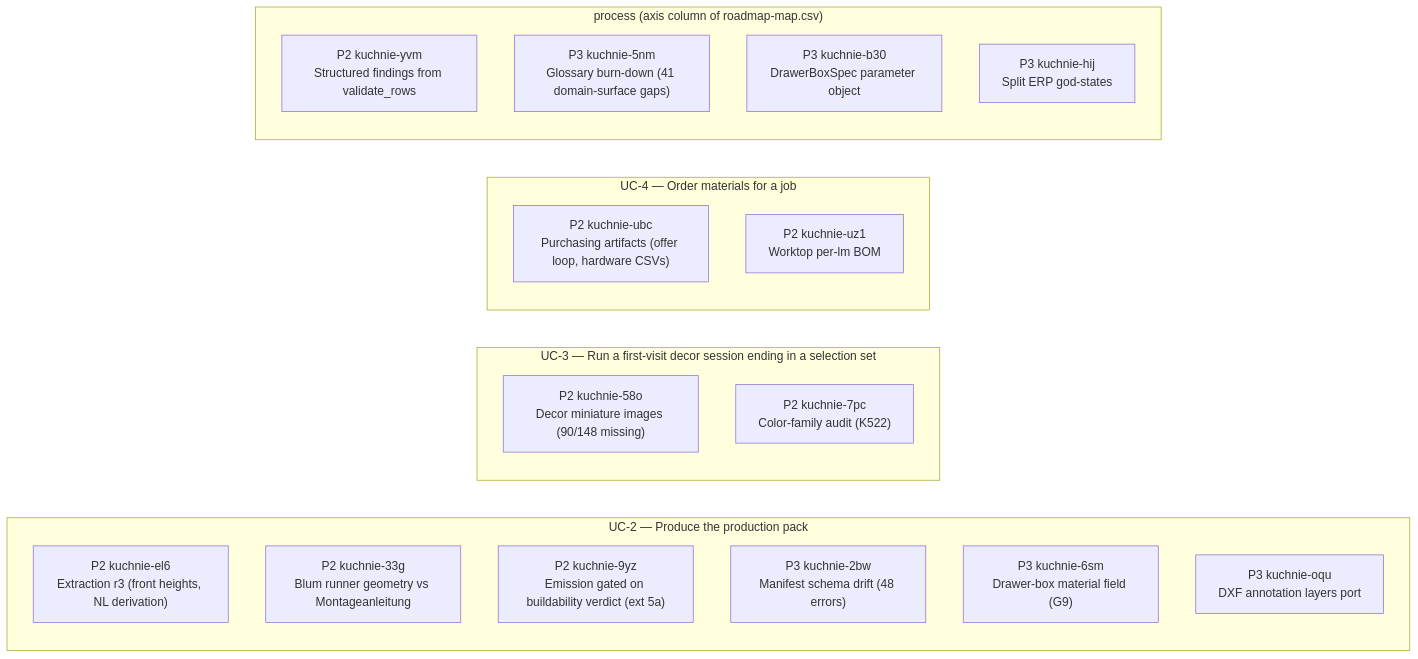
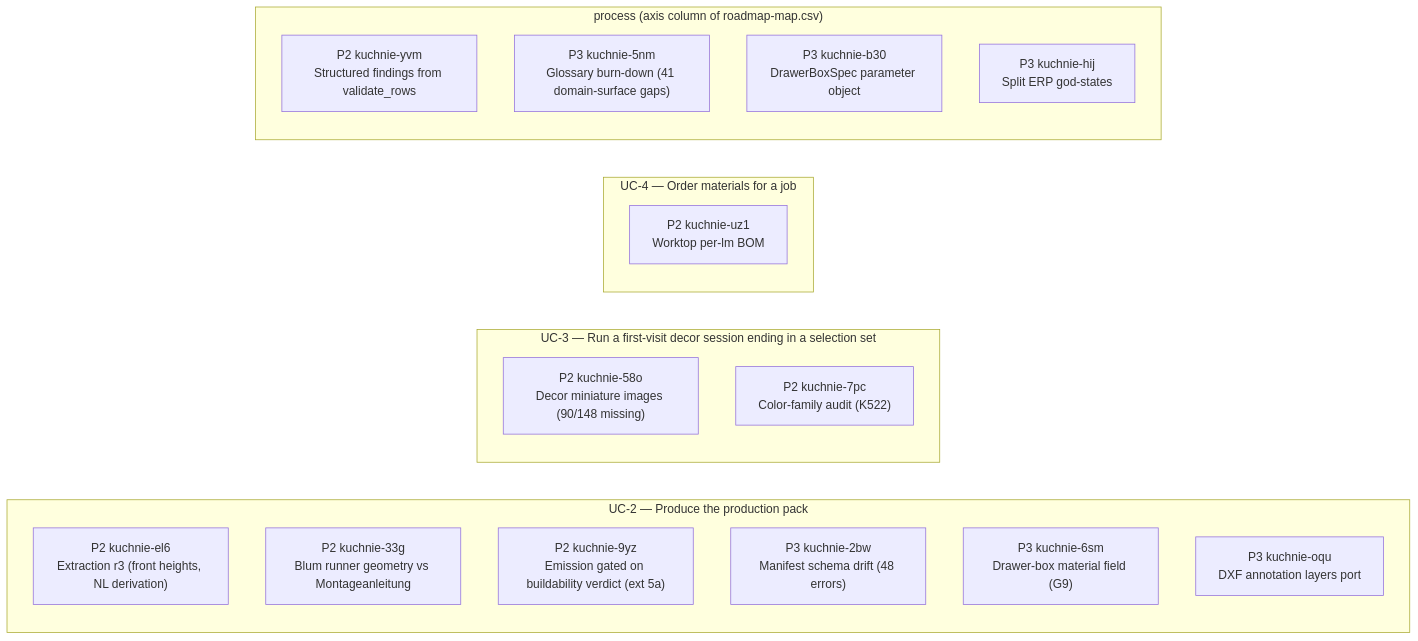
One commit to m1981/kuchnie changed the second of 2 diagrams in STATUS.md. Above: the diagram before and after it, drawn with Mermaid. The commit also changed other lines of this file and 2 other files, not shown here.

````diff
--- a/STATUS.md
+++ b/STATUS.md
@@ -143,25 +142,24 @@
 ```mermaid
 flowchart LR
     subgraph gUC_2 ["UC-2 — Produce the production pack"]
         u_kuchnie_el6["P2 kuchnie-el6<br/>Extraction r3 (front heights, NL derivation)"]
         u_kuchnie_33g["P2 kuchnie-33g<br/>Blum runner geometry vs Montageanleitung"]
         u_kuchnie_9yz["P2 kuchnie-9yz<br/>Emission gated on buildability verdict (ext 5a)"]
         u_kuchnie_2bw["P3 kuchnie-2bw<br/>Manifest schema drift (48 errors)"]
         u_kuchnie_6sm["P3 kuchnie-6sm<br/>Drawer-box material field (G9)"]
         u_kuchnie_oqu["P3 kuchnie-oqu<br/>DXF annotation layers port"]
     end
     subgraph gUC_3 ["UC-3 — Run a first-visit decor session ending in a selection set"]
         u_kuchnie_58o["P2 kuchnie-58o<br/>Decor miniature images (90/148 missing)"]
         u_kuchnie_7pc["P2 kuchnie-7pc<br/>Color-family audit (K522)"]
     end
     subgraph gUC_4 ["UC-4 — Order materials for a job"]
-        u_kuchnie_ubc["P2 kuchnie-ubc<br/>Purchasing artifacts (offer loop, hardware CSVs)"]
         u_kuchnie_uz1["P2 kuchnie-uz1<br/>Worktop per-lm BOM"]
     end
     subgraph g_none ["process (axis column of roadmap-map.csv)"]
         u_kuchnie_yvm["P2 kuchnie-yvm<br/>Structured findings from validate_rows"]
         u_kuchnie_5nm["P3 kuchnie-5nm<br/>Glossary burn-down (41 domain-surface gaps)"]
         u_kuchnie_b30["P3 kuchnie-b30<br/>DrawerBoxSpec parameter object"]
         u_kuchnie_hij["P3 kuchnie-hij<br/>Split ERP god-states"]
     end
 ```
````
